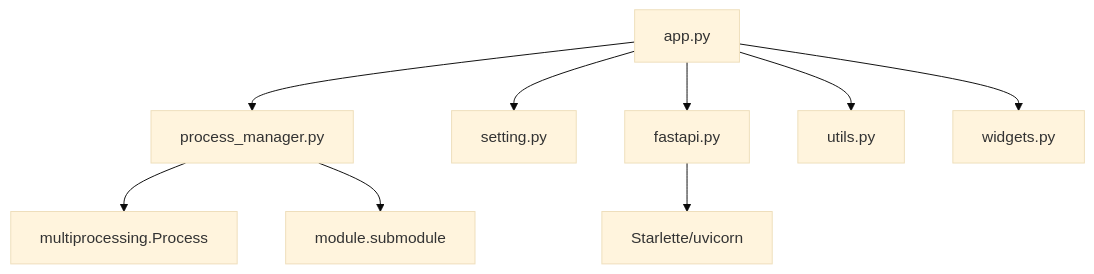
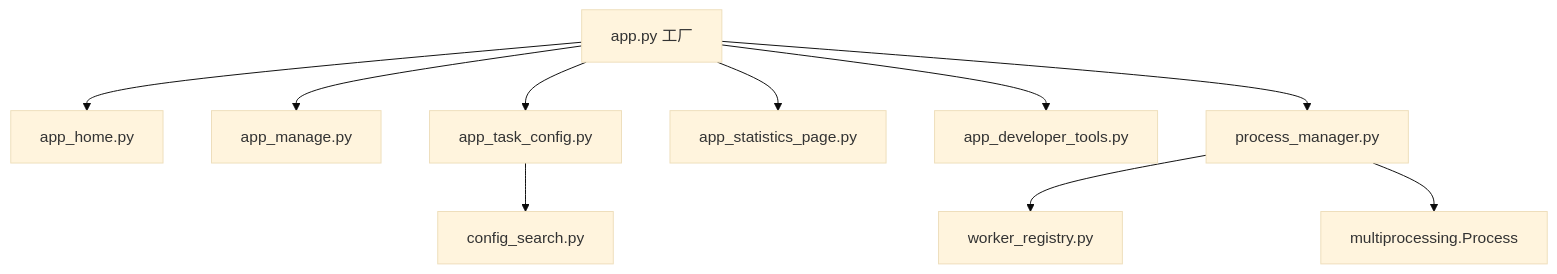
Before and after one commit to nnieie/AzurPilot: the fourth of 5 diagrams in .agent/INFRASTRUCTURE.md, drawn with Mermaid (base theme). The commit also changed other lines of this file and 27 other files, not shown here.

````diff
--- a/.agent/INFRASTRUCTURE.md
+++ b/.agent/INFRASTRUCTURE.md
@@ -472,11 +474,12 @@
 ```mermaid
 graph TD
-    A[app.py] --> B[process_manager.py]
-    A --> C[setting.py]
-    A --> D[fastapi.py]
-    A --> E[utils.py]
-    A --> F[widgets.py]
-    B --> G[multiprocessing.Process]
-    B --> H[module.submodule]
-    D --> I[Starlette/uvicorn]
+    A[app.py 工厂] --> B[app_home.py]
+    A --> C[app_manage.py]
+    A --> D[app_task_config.py]
+    A --> E[app_statistics_page.py]
+    A --> F[app_developer_tools.py]
+    A --> G[process_manager.py]
+    G --> H[worker_registry.py]
+    G --> I[multiprocessing.Process]
+    D --> J[config_search.py]
 ```
````
